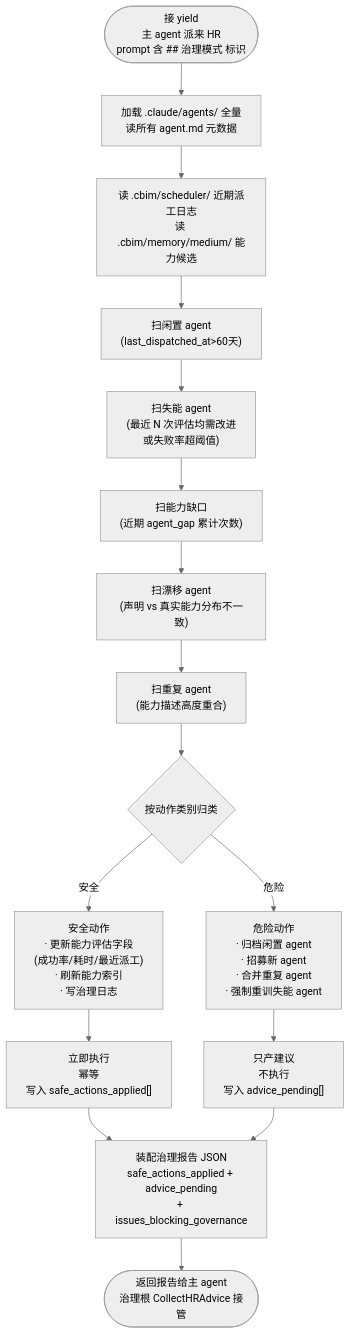
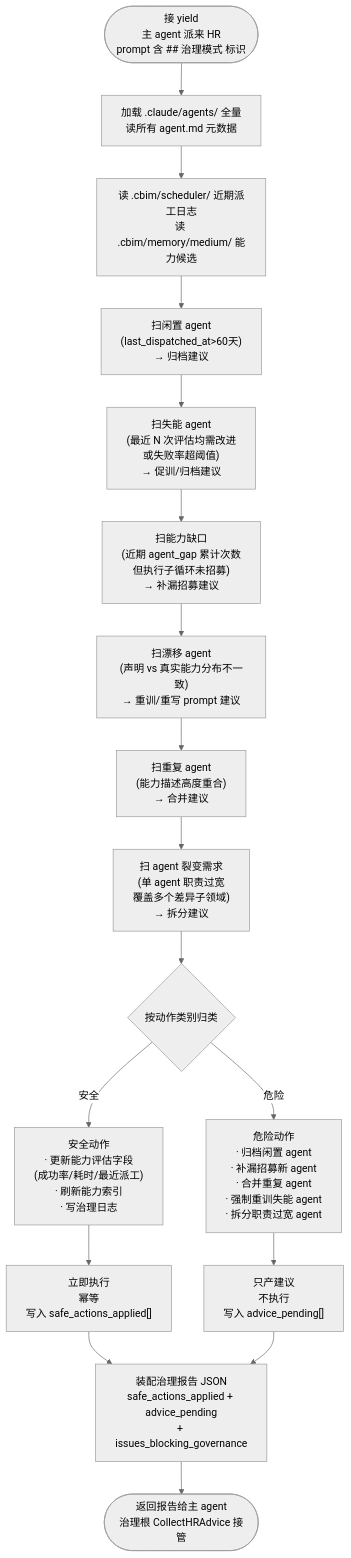
The second of 2 diagrams in design/WORKFLOW-HR.zh-CN.md (nan023062/agent-team-cc), drawn with Mermaid (neutral theme) before and after one commit. The commit also changed other lines of this file and 4 other files, not shown here.

````diff
--- a/design/WORKFLOW-HR.zh-CN.md
+++ b/design/WORKFLOW-HR.zh-CN.md
@@ -153,41 +168,43 @@
 ```mermaid
 flowchart TD
     Yield(["接 yield<br/>主 agent 派来 HR<br/>prompt 含 ## 治理模式 标识"])
 
     LoadAgents["加载 .claude/agents/ 全量<br/>读所有 agent.md 元数据"]
     LoadLogs["读 .cbim/scheduler/ 近期派工日志<br/>读 .cbim/memory/medium/ 能力候选"]
 
-    Scan1["扫闲置 agent<br/>(last_dispatched_at>60天)"]
-    Scan2["扫失能 agent<br/>(最近 N 次评估均需改进<br/>或失败率超阈值)"]
-    Scan3["扫能力缺口<br/>(近期 agent_gap 累计次数)"]
-    Scan4["扫漂移 agent<br/>(声明 vs 真实能力分布不一致)"]
-    Scan5["扫重复 agent<br/>(能力描述高度重合)"]
+    Scan1["扫闲置 agent<br/>(last_dispatched_at>60天)<br/>→ 归档建议"]
+    Scan2["扫失能 agent<br/>(最近 N 次评估均需改进<br/>或失败率超阈值)<br/>→ 促训/归档建议"]
+    Scan3["扫能力缺口<br/>(近期 agent_gap 累计次数<br/>但执行子循环未招募)<br/>→ 补漏招募建议"]
+    Scan4["扫漂移 agent<br/>(声明 vs 真实能力分布不一致)<br/>→ 重训/重写 prompt 建议"]
+    Scan5["扫重复 agent<br/>(能力描述高度重合)<br/>→ 合并建议"]
+    Scan6["扫 agent 裂变需求<br/>(单 agent 职责过宽<br/>覆盖多个差异子领域)<br/>→ 拆分建议"]
 
     Classify{"按动作类别归类"}
 
     Safe["安全动作<br/>· 更新能力评估字段<br/>  (成功率/耗时/最近派工)<br/>· 刷新能力索引<br/>· 写治理日志"]
     SafeApply["立即执行<br/>幂等<br/>写入 safe_actions_applied[]"]
 
-    Risky["危险动作<br/>· 归档闲置 agent<br/>· 招募新 agent<br/>· 合并重复 agent<br/>· 强制重训失能 agent"]
+    Risky["危险动作<br/>· 归档闲置 agent<br/>· 补漏招募新 agent<br/>· 合并重复 agent<br/>· 强制重训失能 agent<br/>· 拆分职责过宽 agent"]
     RiskyAdvise["只产建议<br/>不执行<br/>写入 advice_pending[]"]
 
     BuildReport["装配治理报告 JSON<br/>safe_actions_applied + advice_pending<br/>+ issues_blocking_governance"]
 
     Return(["返回报告给主 agent<br/>治理根 CollectHRAdvice 接管"])
 
     Yield --> LoadAgents
     LoadAgents --> LoadLogs
     LoadLogs --> Scan1
     Scan1 --> Scan2
     Scan2 --> Scan3
     Scan3 --> Scan4
     Scan4 --> Scan5
-    Scan5 --> Classify
+    Scan5 --> Scan6
+    Scan6 --> Classify
     Classify -->|安全| Safe
     Classify -->|危险| Risky
     Safe --> SafeApply
     Risky --> RiskyAdvise
     SafeApply --> BuildReport
     RiskyAdvise --> BuildReport
     BuildReport --> Return
 ```
````
